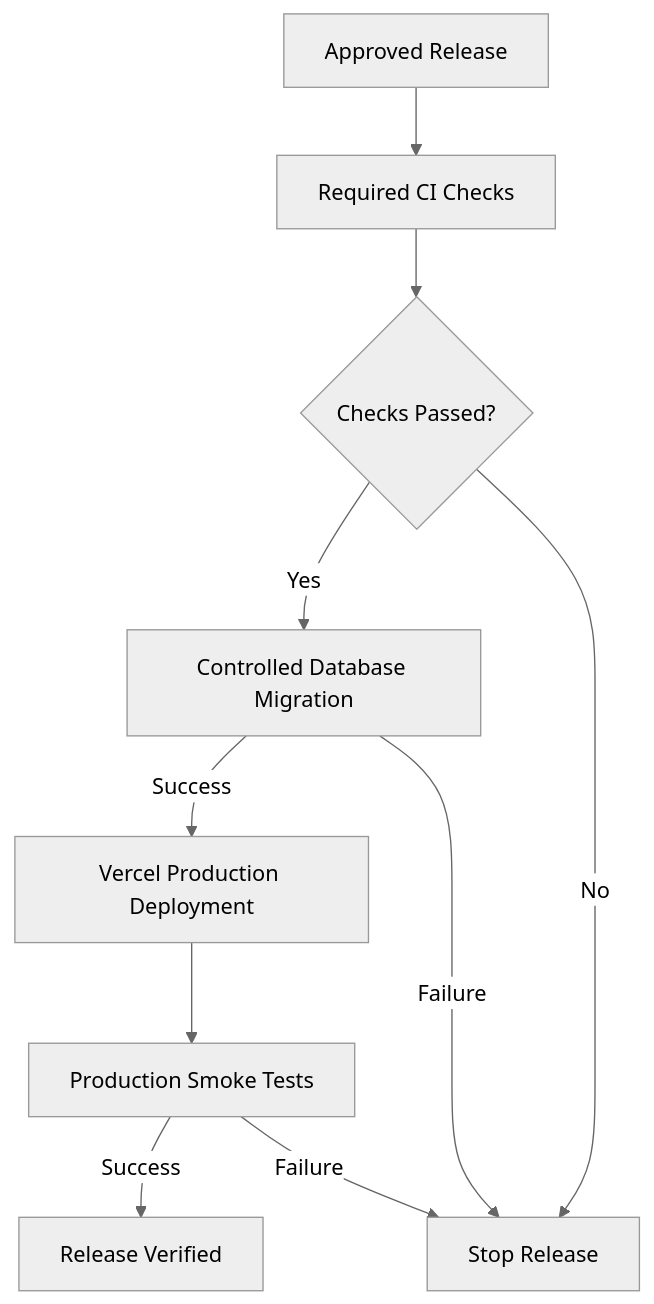
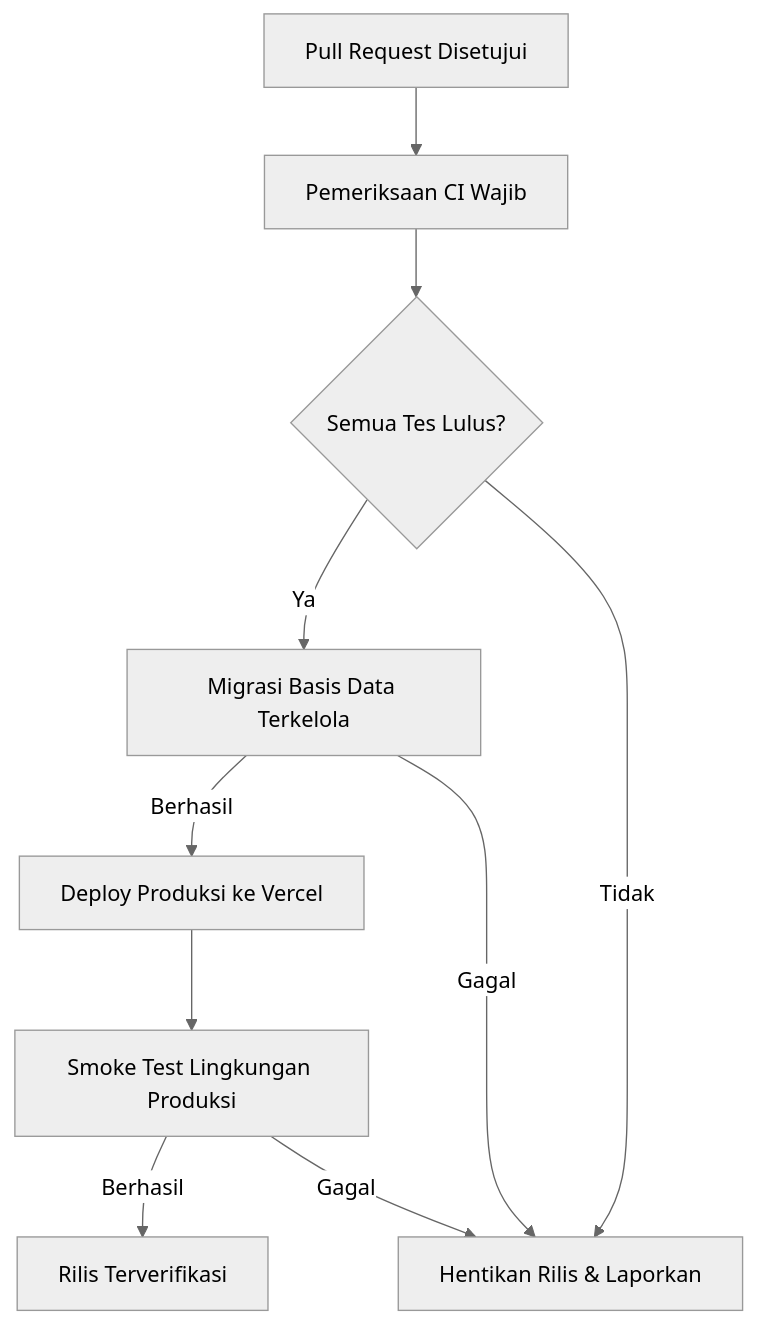
Before and after one commit to ZyxxBoy/cashierflow: the ninth of 10 diagrams in docs/architecture.md, drawn with Mermaid (neutral theme). The commit also changed other lines of this file and 7 other files, not shown here.

````diff
--- a/docs/architecture.md
+++ b/docs/architecture.md
@@ -771,21 +717,21 @@
 ```mermaid
 flowchart TD
-    MERGE[Approved Release]
-    CI[Required CI Checks]
-    RESULT{Checks Passed?}
-    MIGRATE[Controlled Database Migration]
-    DEPLOY[Vercel Production Deployment]
-    SMOKE[Production Smoke Tests]
-    DONE[Release Verified]
-    BLOCK[Stop Release]
+    MERGE[Pull Request Disetujui]
+    CI[Pemeriksaan CI Wajib]
+    RESULT{Semua Tes Lulus?}
+    MIGRATE[Migrasi Basis Data Terkelola]
+    DEPLOY[Deploy Produksi ke Vercel]
+    SMOKE[Smoke Test Lingkungan Produksi]
+    DONE[Rilis Terverifikasi]
+    BLOCK[Hentikan Rilis & Laporkan]
 
     MERGE --> CI
     CI --> RESULT
-    RESULT -->|Yes| MIGRATE
-    RESULT -->|No| BLOCK
-    MIGRATE -->|Success| DEPLOY
-    MIGRATE -->|Failure| BLOCK
+    RESULT -->|Ya| MIGRATE
+    RESULT -->|Tidak| BLOCK
+    MIGRATE -->|Berhasil| DEPLOY
+    MIGRATE -->|Gagal| BLOCK
     DEPLOY --> SMOKE
-    SMOKE -->|Success| DONE
-    SMOKE -->|Failure| BLOCK
+    SMOKE -->|Berhasil| DONE
+    SMOKE -->|Gagal| BLOCK
 ```
````
